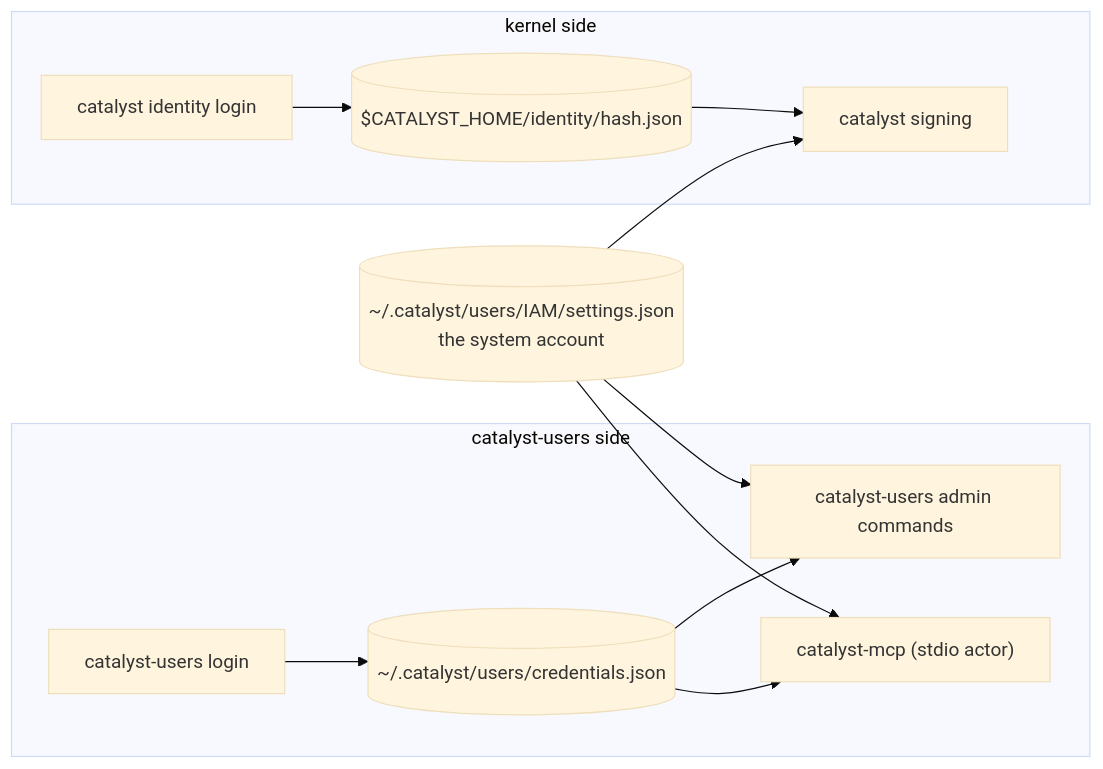
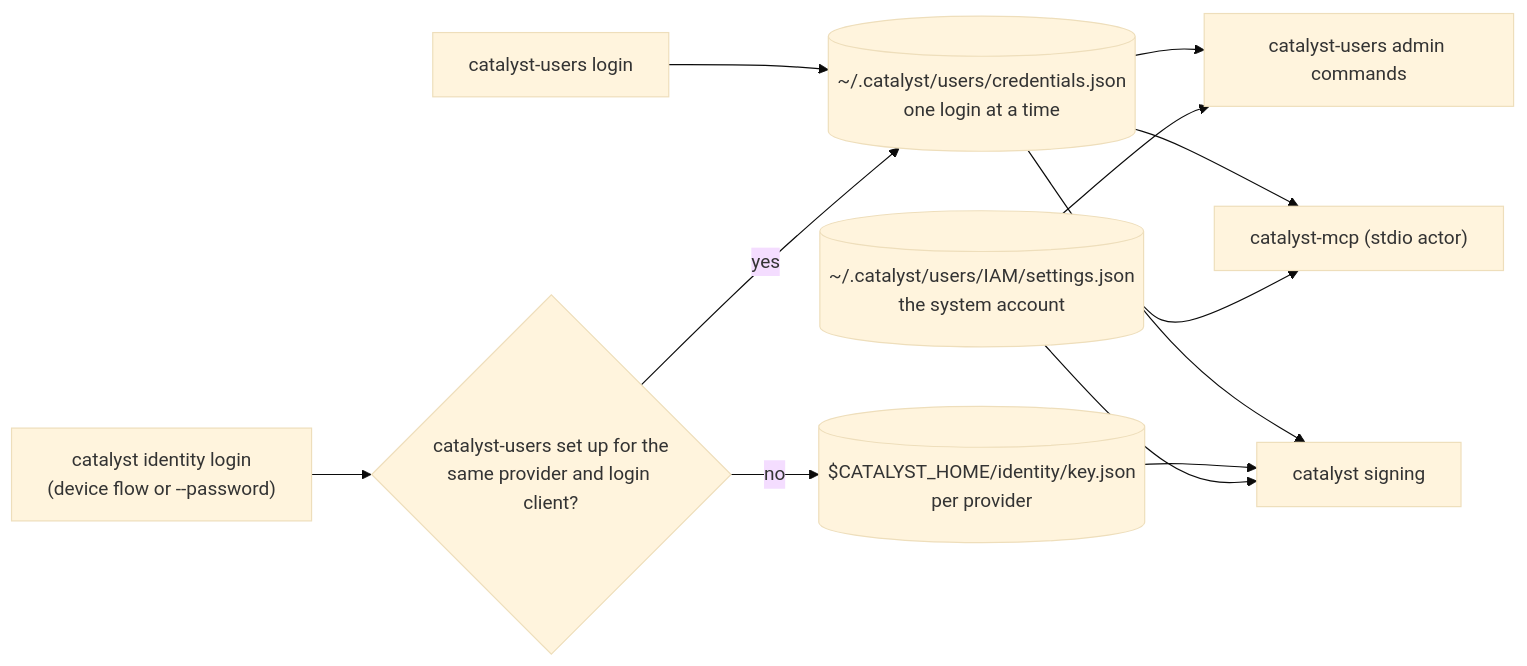
Before and after one commit to cantica-tech/catalyst-docs: the tenth of 18 diagrams in docs/guide/manual/50-identity-users-mcp.md, drawn with Mermaid (base theme). The commit also changed other lines of this file and 9 other files, not shown here.

````diff
--- a/docs/guide/manual/50-identity-users-mcp.md
+++ b/docs/guide/manual/50-identity-users-mcp.md
@@ -762,15 +784,14 @@
 ```mermaid
 flowchart LR
-  subgraph CU["catalyst-users side"]
-    L1["catalyst-users login"] --> CJ[("~/.catalyst/users/credentials.json")]
-    CJ --> UCLI["catalyst-users admin commands"]
-    CJ --> MCP["catalyst-mcp (stdio actor)"]
-  end
-  subgraph KS["kernel side"]
-    L2["catalyst identity login"] --> KT[("$CATALYST_HOME/identity/hash.json")]
-    KT --> SIGN["catalyst signing"]
-  end
+  L1["catalyst-users login"] --> CJ[("~/.catalyst/users/credentials.json<br/>one login at a time")]
+  L2["catalyst identity login<br/>(device flow or --password)"] --> Q{"catalyst-users set up for the<br/>same provider and login client?"}
+  Q -- "yes" --> CJ
+  Q -- "no" --> KT[("$CATALYST_HOME/identity/key.json<br/>per provider")]
+  CJ --> UCLI["catalyst-users admin commands"]
+  CJ --> MCP["catalyst-mcp (stdio actor)"]
+  CJ --> SIGN["catalyst signing"]
+  KT --> SIGN
   SETS[("~/.catalyst/users/IAM/settings.json<br/>the system account")] --> UCLI
   SETS --> MCP
   SETS --> SIGN
 ```
````
